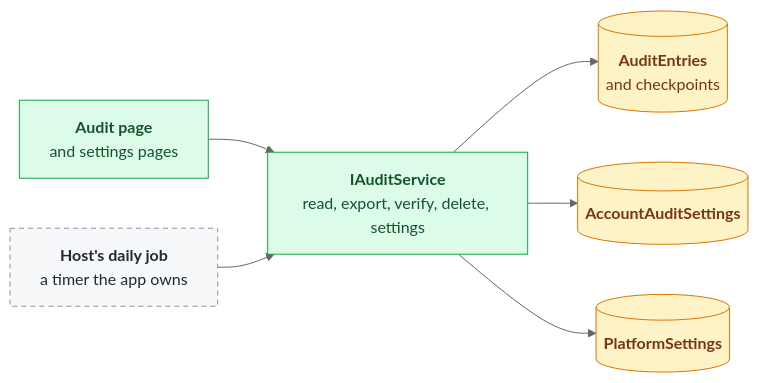
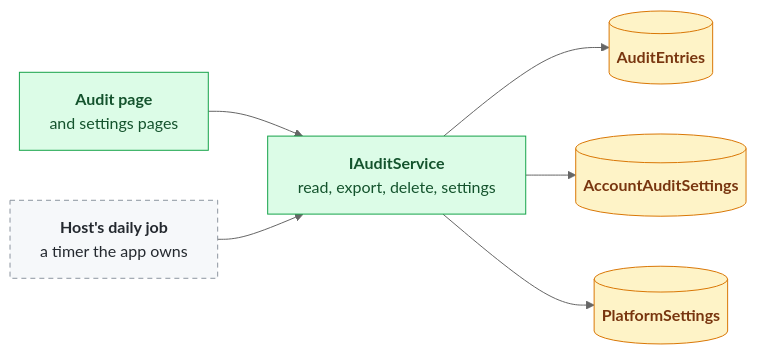
The second of 5 diagrams in Plans/auditing.md (ultrabstrong/Corely.IAM), drawn with Mermaid (neutral theme) before and after one commit. The commit also changed other lines of this file and 1 other file, not shown here.

First line of the commit message:
Always record user and account deletion, and move audit tamper evidence to feature ideas

````diff
--- a/Plans/auditing.md
+++ b/Plans/auditing.md
@@ -61,22 +59,22 @@
 ```mermaid
 flowchart LR
     pages["<b>Audit page</b><br/>and settings pages"]
     cleanup["<b>Host's daily job</b><br/>a timer the app owns"]
-    service["<b>IAuditService</b><br/>read, export, verify, delete, settings"]
-    entries[("<b>AuditEntries</b><br/>and checkpoints")]
+    service["<b>IAuditService</b><br/>read, export, delete, settings"]
+    entries[("<b>AuditEntries</b>")]
     acct[("<b>AccountAuditSettings</b>")]
     plat[("<b>PlatformSettings</b>")]
 
     pages --> service
     cleanup --> service
     service --> entries
     service --> acct
     service --> plat
 
     classDef new fill:#dcfce7,stroke:#16a34a,color:#14532d
     classDef store fill:#fef3c7,stroke:#d97706,color:#78350f
     classDef host fill:#f6f8fa,stroke:#8c959f,color:#24292f,stroke-dasharray:5 4
     class pages,service new
     class entries,acct,plat store
     class cleanup host
 ```
````
